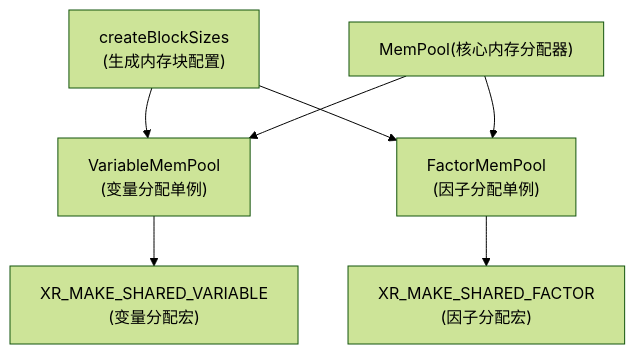
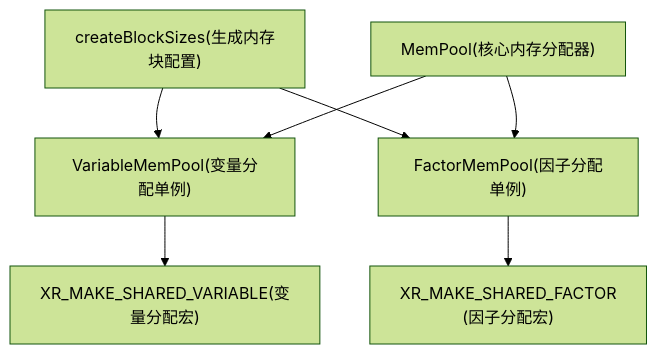
Before and after one commit to huzixuan1/iodraw-files: the diagram in all/未命名-5.md, drawn with Mermaid (forest theme).

Commit message:
2025-05-21 16:54:44 update

````diff
--- a/all/未命名-5.md
+++ b/all/未命名-5.md
@@ -1,25 +1,25 @@
 ```mermaid
 graph TD
 
   MemPool["MemPool(核心内存分配器)"]
-  createBlockSizes["createBlockSizes\n(生成内存块配置)"]
+  createBlockSizes["createBlockSizes(生成内存块配置)"]
 
-  VariableMemPool["VariableMemPool\n(变量分配单例)"]
-  FactorMemPool["FactorMemPool\n(因子分配单例)"]
+  VariableMemPool["VariableMemPool(变量分配单例)"]
+  FactorMemPool["FactorMemPool(因子分配单例)"]
 
-  XR_MAKE_SHARED_VARIABLE["XR_MAKE_SHARED_VARIABLE\n(变量分配宏)"]
+  XR_MAKE_SHARED_VARIABLE["XR_MAKE_SHARED_VARIABLE(变量分配宏)"]
   XR_MAKE_SHARED_FACTOR["XR_MAKE_SHARED_FACTOR\n(因子分配宏)"]
 
   createBlockSizes --> VariableMemPool
   createBlockSizes --> FactorMemPool
 
   MemPool --> VariableMemPool
   MemPool --> FactorMemPool
 
   VariableMemPool --> XR_MAKE_SHARED_VARIABLE
   FactorMemPool --> XR_MAKE_SHARED_FACTOR
 
 %%   XR_MAKE_SHARED_VARIABLE -->|调用 allocate<T>()| MemPool
 %%   XR_MAKE_SHARED_FACTOR -->|调用 allocate<T>()| MemPool
 
 ```
````
